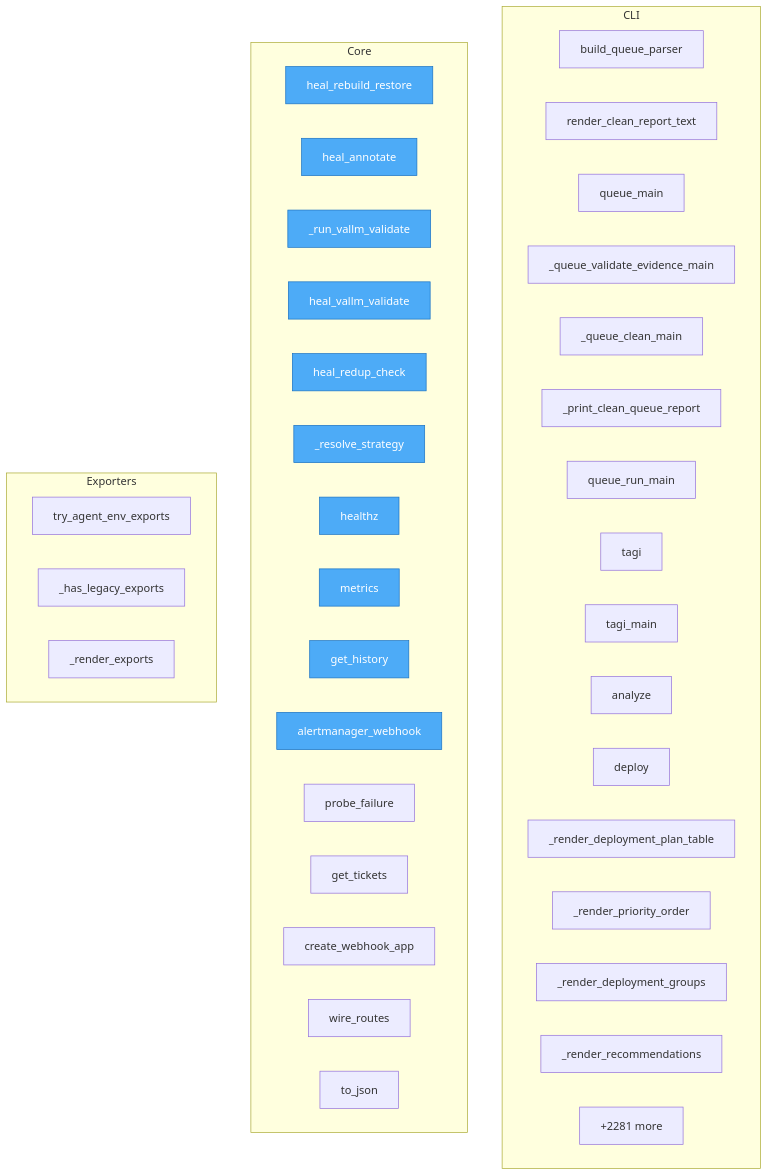
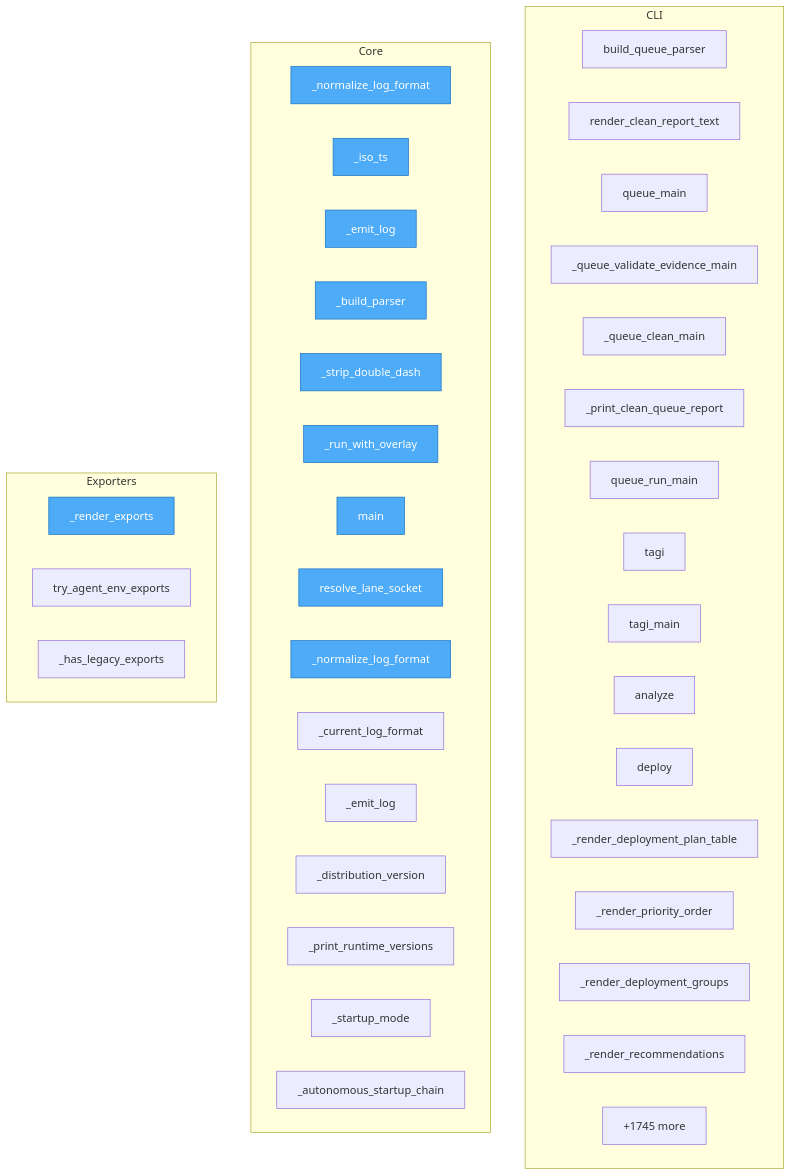
The diagram in project/flow.mmd (semcod/koru), drawn with Mermaid before and after one commit. The commit also changed 225 other files, not shown here.

```diff
--- a/project/flow.mmd
+++ b/project/flow.mmd
@@ -1,51 +1,51 @@
 flowchart TD
-%% generated in 0.11s
+%% generated in 0.53s
 
     %% Entry points (blue)
     classDef entry fill:#4dabf7,stroke:#1971c2,color:#fff
 
     subgraph CLI
         koru__cli_queue__build_queue_parser["build_queue_parser"]
         koru__cli_queue__render_clean_report_text["render_clean_report_text"]
         koru__cli_queue__queue_main["queue_main"]
         koru__cli_queue___queue_validate_evidence_main["_queue_validate_evidence_main"]
         koru__cli_queue___queue_clean_main["_queue_clean_main"]
         koru__cli_queue___print_clean_queue_report["_print_clean_queue_report"]
         koru__cli_queue__queue_run_main["queue_run_main"]
         koru__cli_tagi__tagi["tagi"]
         koru__cli_tagi__tagi_main["tagi_main"]
         koru__cli_tagi__analyze["analyze"]
         koru__cli_tagi__deploy["deploy"]
         koru__cli_tagi___render_deployment_plan_table["_render_deployment_plan_table"]
         koru__cli_tagi___render_priority_order["_render_priority_order"]
         koru__cli_tagi___render_deployment_groups["_render_deployment_groups"]
         koru__cli_tagi___render_recommendations["_render_recommendations"]
         ...["+4 more"]
     end
 
     subgraph Core
-        services__healing_webhook__app__heal_rebuild_restore["heal_rebuild_restore"]
-        services__healing_webhook__app__heal_annotate["heal_annotate"]
-        services__healing_webhook__app___run_vallm_validate["_run_vallm_validate"]
-        services__healing_webhook__app__heal_vallm_validate["heal_vallm_validate"]
-        services__healing_webhook__app__heal_redup_check["heal_redup_check"]
-        services__healing_webhook__app___resolve_strategy["_resolve_strategy"]
-        services__healing_webhook__app__healthz["healthz"]
-        services__healing_webhook__app__metrics["metrics"]
-        services__healing_webhook__app__get_history["get_history"]
-        services__healing_webhook__app__alertmanager_webhook["alertmanager_webhook"]
-        services__healing_webhook__app__probe_failure["probe_failure"]
-        services__healing_webhook__app__get_tickets["get_tickets"]
-        services__healing_webhook__app_bootstrap__create_webhook_app["create_webhook_app"]
-        services__healing_webhook__app_bootstrap__wire_routes["wire_routes"]
-        src__koruobserve__lifecycle__ObserveProcesses__to_json["to_json"]
-        ...["+2281 more"]
+        packages__koruenv__src__koruenv__cli___normalize_log_format["_normalize_log_format"]
+        packages__koruenv__src__koruenv__cli___iso_ts["_iso_ts"]
+        packages__koruenv__src__koruenv__cli___emit_log["_emit_log"]
+        packages__koruenv__src__koruenv__cli___build_parser["_build_parser"]
+        packages__koruenv__src__koruenv__cli___strip_double_dash["_strip_double_dash"]
+        packages__koruenv__src__koruenv__cli___run_with_overlay["_run_with_overlay"]
+        packages__koruenv__src__koruenv__cli__main["main"]
+        packages__koruenv__src__koruenv__lane__resolve_lane_socket["resolve_lane_socket"]
+        packages__coru__src__coru__cli___normalize_log_format["_normalize_log_format"]
+        packages__coru__src__coru__cli___current_log_format["_current_log_format"]
+        packages__coru__src__coru__cli___emit_log["_emit_log"]
+        packages__coru__src__coru__cli___distribution_version["_distribution_version"]
+        packages__coru__src__coru__cli___print_runtime_versions["_print_runtime_versions"]
+        packages__coru__src__coru__cli___startup_mode["_startup_mode"]
+        packages__coru__src__coru__cli___autonomous_startup_chain["_autonomous_startup_chain"]
+        ...["+1745 more"]
     end
 
     subgraph Exporters
+        packages__koruenv__src__koruenv__cli___render_exports["_render_exports"]
         src__koru__agent_cli_helpers__try_agent_env_exports["try_agent_env_exports"]
         src__koru__cli___has_legacy_exports["_has_legacy_exports"]
-        packages__koruenv__src__koruenv__cli___render_exports["_render_exports"]
     end
 
-    class services__healing_webhook__app__heal_rebuild_restore,services__healing_webhook__app__heal_annotate,services__healing_webhook__app___run_vallm_validate,services__healing_webhook__app__heal_vallm_validate,services__healing_webhook__app__heal_redup_check,services__healing_webhook__app___resolve_strategy,services__healing_webhook__app__healthz,services__healing_webhook__app__metrics,services__healing_webhook__app__get_history,services__healing_webhook__app__alertmanager_webhook entry
+    class packages__koruenv__src__koruenv__cli___normalize_log_format,packages__koruenv__src__koruenv__cli___iso_ts,packages__koruenv__src__koruenv__cli___emit_log,packages__koruenv__src__koruenv__cli___build_parser,packages__koruenv__src__koruenv__cli___render_exports,packages__koruenv__src__koruenv__cli___strip_double_dash,packages__koruenv__src__koruenv__cli___run_with_overlay,packages__koruenv__src__koruenv__cli__main,packages__koruenv__src__koruenv__lane__resolve_lane_socket,packages__coru__src__coru__cli___normalize_log_format entry
```
